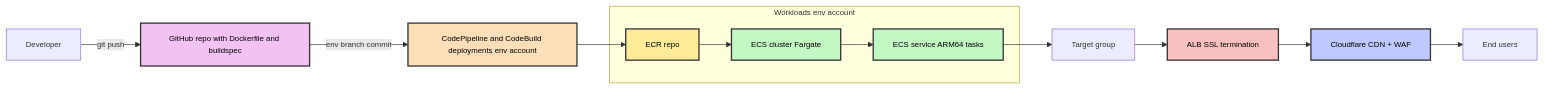
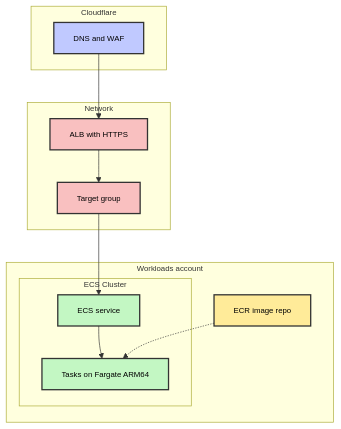
One commit to tonyellard/paved-roads changed the second of 2 diagrams in paved-roads/aws-ecs-application-deployment.md. Above: the diagram before and after it, drawn with Mermaid. The commit also changed other lines of this file, not shown here.

Commit message:
docs: split mermaid into deployment flow and runtime architecture

````diff
--- a/paved-roads/aws-ecs-application-deployment.md
+++ b/paved-roads/aws-ecs-application-deployment.md
@@ -22,27 +40,33 @@
 ```mermaid
 %%{init: {'themeVariables': { 'fontSize': '12px' }}}%%
-graph LR
-   Dev[Developer] -->|git push| GH[GitHub repo with Dockerfile and buildspec]
-   GH -->|env branch commit| CP[CodePipeline and CodeBuild deployments env account]
-
-   CP --> ECR
-
-   subgraph workloads_env_account [Workloads env account]
-      ECR[ECR repo]
-      ECR --> ECS[ECS cluster Fargate]
-      ECS --> SVC[ECS service ARM64 tasks]
+graph TD
+   subgraph Cloudflare
+      CF[DNS and WAF]
    end
 
-   SVC --> TG[Target group]
-   TG --> ALB[ALB SSL termination]
-   ALB --> CF[Cloudflare CDN + WAF]
-   CF --> User[End users]
+   subgraph Network
+      ALB[ALB with HTTPS]
+      TG[Target group]
+   end
 
-   style GH fill:#f3c2f3,stroke:#333,stroke-width:2px,color:#000
-   style CP fill:#ffdfba,stroke:#333,stroke-width:2px,color:#000
+   subgraph Workloads account
+      subgraph ECS Cluster
+         SVC[ECS service]
+         TASKS[Tasks on Fargate ARM64]
+      end
+      ECR[ECR image repo]
+   end
+
+   CF --> ALB
+   ALB --> TG
+   TG --> SVC
+   SVC --> TASKS
+   ECR -.-> TASKS
+
+   style CF fill:#c0c9ff,stroke:#333,stroke-width:2px,color:#000
+   style ALB fill:#f9c0c0,stroke:#333,stroke-width:2px,color:#000
+   style TG fill:#f9c0c0,stroke:#333,stroke-width:2px,color:#000
+   style SVC fill:#c3f7c3,stroke:#333,stroke-width:2px,color:#000
+   style TASKS fill:#c3f7c3,stroke:#333,stroke-width:2px,color:#000
    style ECR fill:#ffeb99,stroke:#333,stroke-width:2px,color:#000
-   style ECS fill:#c3f7c3,stroke:#333,stroke-width:2px,color:#000
-   style SVC fill:#c3f7c3,stroke:#333,stroke-width:2px,color:#000
-   style ALB fill:#f9c0c0,stroke:#333,stroke-width:2px,color:#000
-   style CF fill:#c0c9ff,stroke:#333,stroke-width:2px,color:#000
 ```
````
